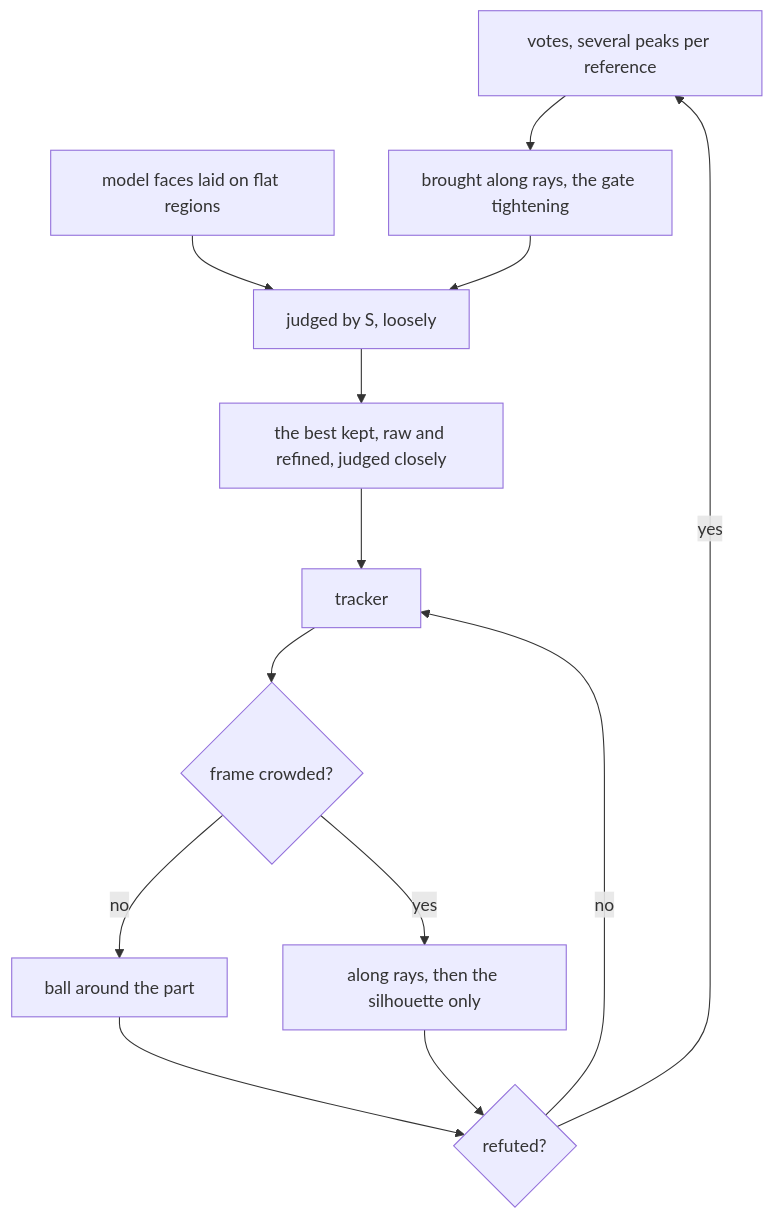
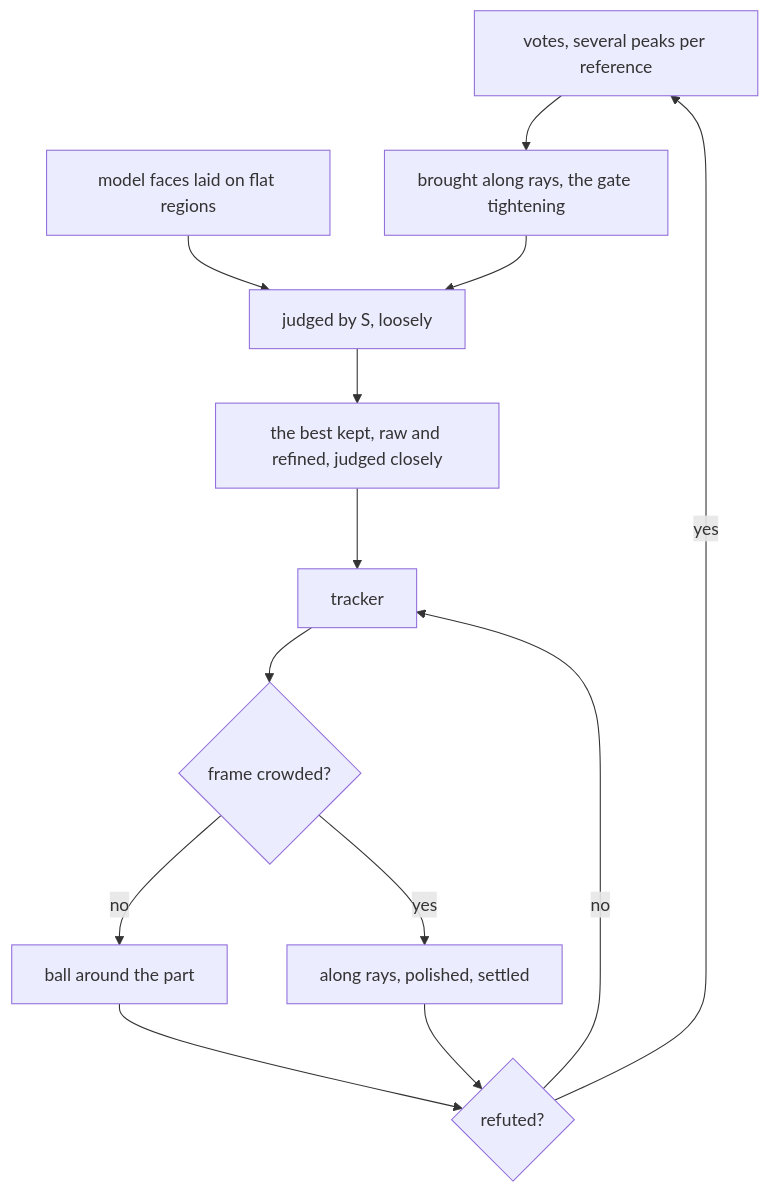
One commit to Ophiase/congru changed the diagram in ideas/method/pose-information.md. Above: the diagram before and after it, drawn with Mermaid. The commit also changed other lines of this file and 28 other files, not shown here.

````diff
--- a/ideas/method/pose-information.md
+++ b/ideas/method/pose-information.md
@@ -89,15 +96,15 @@
 ```mermaid
 graph TD
   V["votes, several peaks per reference"] --> B["brought along rays, the gate tightening"]
   F["model faces laid on flat regions"] --> J["judged by S, loosely"]
   B --> J
   J --> K["the best kept, raw and refined, judged closely"]
   K --> T["tracker"]
   T --> C{"frame crowded?"}
   C -->|"no"| W["ball around the part"]
-  C -->|"yes"| R["along rays, then the silhouette only"]
+  C -->|"yes"| R["along rays, polished, settled"]
   W --> X{"refuted?"}
   R --> X
   X -->|"no"| T
   X -->|"yes"| V
 ```
````
